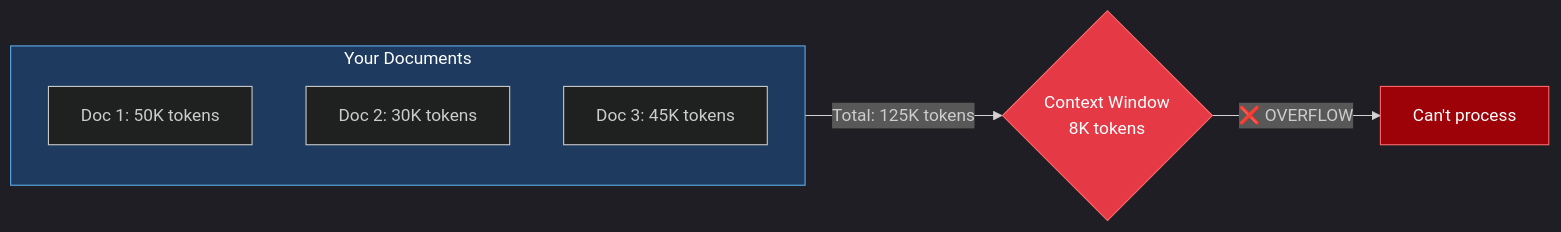
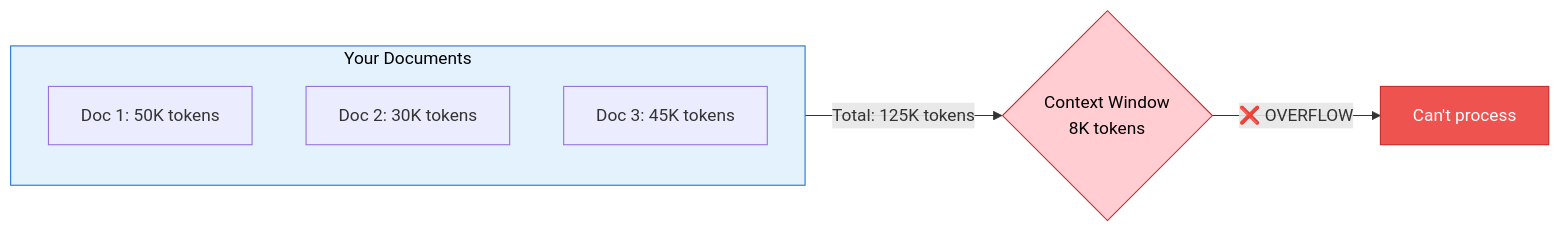
One commit to kousen/ragdemo changed the second of 5 diagrams in diagrams/context-window-diagrams.md. Above: the diagram before and after it, drawn with Mermaid. The commit also changed other lines of this file, not shown here.

First line of the commit message:
Update diagrams to light theme for GitHub and video

````diff
--- a/diagrams/context-window-diagrams.md
+++ b/diagrams/context-window-diagrams.md
@@ -35,17 +33,16 @@
 ```mermaid
-%%{init: {'theme': 'dark'}}%%
 flowchart LR
     subgraph docs["Your Documents"]
         D1["Doc 1: 50K tokens"]
         D2["Doc 2: 30K tokens"]
         D3["Doc 3: 45K tokens"]
     end
 
     docs -->|"Total: 125K tokens"| X{"Context Window<br/>8K tokens"}
 
     X -->|"❌ OVERFLOW"| fail["Can't process"]
 
-    style docs fill:#1e3a5f,stroke:#5dadec,color:#fff
-    style X fill:#e63946,stroke:#ff6b6b,color:#fff
-    style fail fill:#9d0208,stroke:#ff6b6b,color:#fff
+    style docs fill:#e3f2fd,stroke:#1976d2,color:#000
+    style X fill:#ffcdd2,stroke:#c62828,color:#000
+    style fail fill:#ef5350,stroke:#c62828,color:#fff
 ```
````
